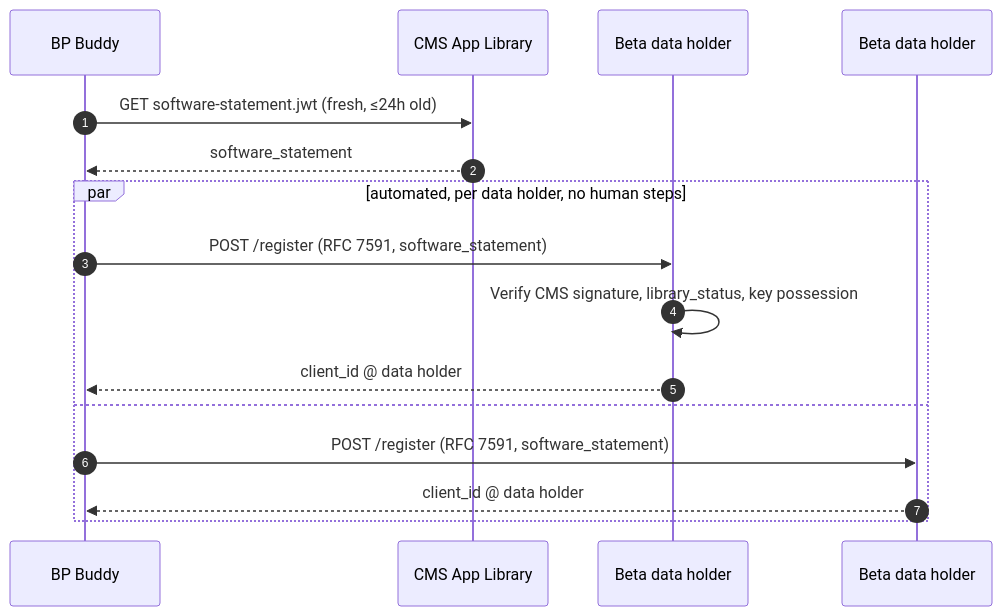
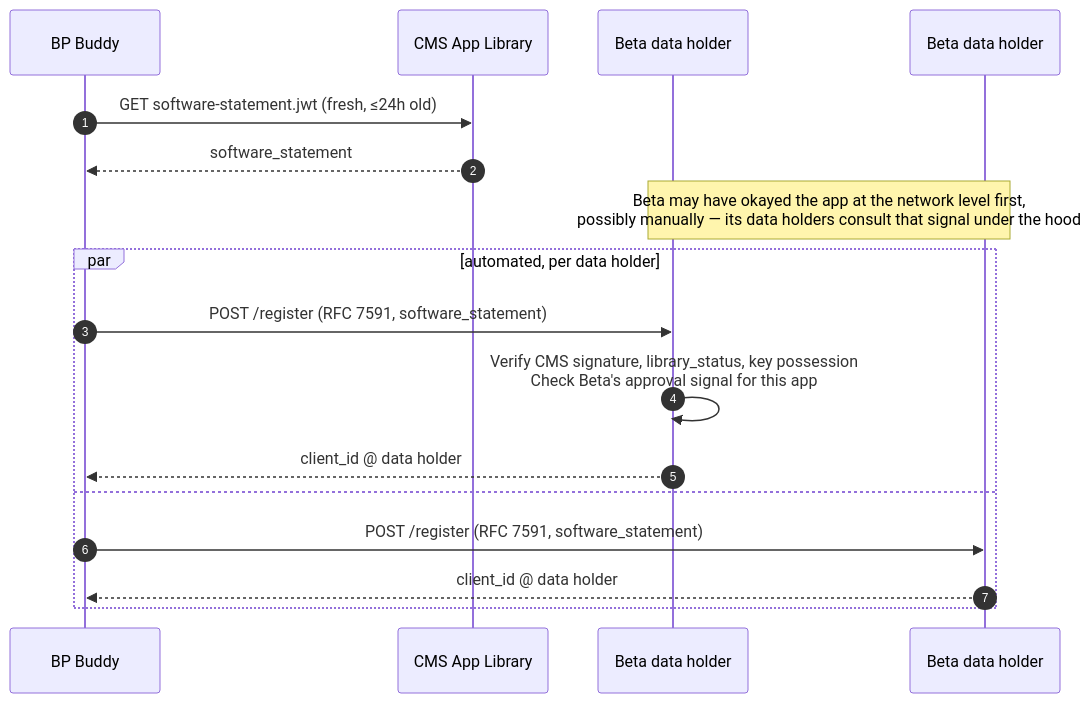
Before and after one commit to jmandel/cms-ns: the fourth of 10 diagrams in app-connectivity-flows.md, drawn with Mermaid. The commit also changed other lines of this file, not shown here.

First line of the commit message:
Network-level manual steps possible in all three flavors; temper UDAP framing

````diff
--- a/app-connectivity-flows.md
+++ b/app-connectivity-flows.md
@@ -110,19 +110,20 @@
 ```mermaid
 sequenceDiagram
     autonumber
     participant App as BP Buddy
     participant CMS as CMS App Library
     participant DH1 as Beta data holder #1 auth server
     participant DHn as Beta data holder #N auth server
 
     App->>CMS: GET software-statement.jwt (fresh, ≤24h old)
     CMS-->>App: software_statement
-    par automated, per data holder, no human steps
+    Note over DH1,DHn: Beta may have okayed the app at the network level first,<br/>possibly manually — its data holders consult that signal under the hood
+    par automated, per data holder
         App->>DH1: POST /register (RFC 7591, software_statement)
-        DH1->>DH1: Verify CMS signature, library_status, key possession
+        DH1->>DH1: Verify CMS signature, library_status, key possession<br/>Check Beta's approval signal for this app
         DH1-->>App: client_id @ data holder #1
     and
         App->>DHn: POST /register (RFC 7591, software_statement)
         DHn-->>App: client_id @ data holder #N
     end
 ```
````
